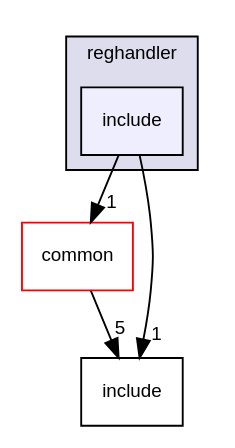
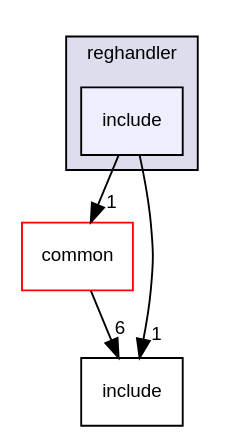
Before and after one commit to Kudelski-IoT/keySTREAM_provisioning: the diagram in docs/kta/doc/dir_9b865572c749a679a0effccba0489a72_dep.dot, drawn with Graphviz. The commit also changed 155 other files, not shown here.

```diff
--- a/docs/kta/doc/dir_9b865572c749a679a0effccba0489a72_dep.dot
+++ b/docs/kta/doc/dir_9b865572c749a679a0effccba0489a72_dep.dot
@@ -1,14 +1,14 @@
 digraph "include" {
   compound=true
   node [ fontsize="10", fontname="Helvetica"];
   edge [ labelfontsize="10", labelfontname="Helvetica"];
   subgraph clusterdir_93a7bb9dab04b83937077da91a291103 {
     graph [ bgcolor="#ddddee", pencolor="black", label="reghandler" fontname="Helvetica", fontsize="10", URL="dir_93a7bb9dab04b83937077da91a291103.html"]
   dir_9b865572c749a679a0effccba0489a72 [shape=box, label="include", style="filled", fillcolor="#eeeeff", pencolor="black", URL="dir_9b865572c749a679a0effccba0489a72.html"];
   }
   dir_a4dd272aad19606621d5cdd3bcc68a0e [shape=box label="common" fillcolor="white" style="filled" color="red" URL="dir_a4dd272aad19606621d5cdd3bcc68a0e.html"];
   dir_d44c64559bbebec7f509842c48db8b23 [shape=box label="include" URL="dir_d44c64559bbebec7f509842c48db8b23.html"];
   dir_9b865572c749a679a0effccba0489a72->dir_a4dd272aad19606621d5cdd3bcc68a0e [headlabel="1", labeldistance=1.5 headhref="dir_000022_000008.html"];
   dir_9b865572c749a679a0effccba0489a72->dir_d44c64559bbebec7f509842c48db8b23 [headlabel="1", labeldistance=1.5 headhref="dir_000022_000015.html"];
-  dir_a4dd272aad19606621d5cdd3bcc68a0e->dir_d44c64559bbebec7f509842c48db8b23 [headlabel="5", labeldistance=1.5 headhref="dir_000008_000015.html"];
+  dir_a4dd272aad19606621d5cdd3bcc68a0e->dir_d44c64559bbebec7f509842c48db8b23 [headlabel="6", labeldistance=1.5 headhref="dir_000008_000015.html"];
 }
```
